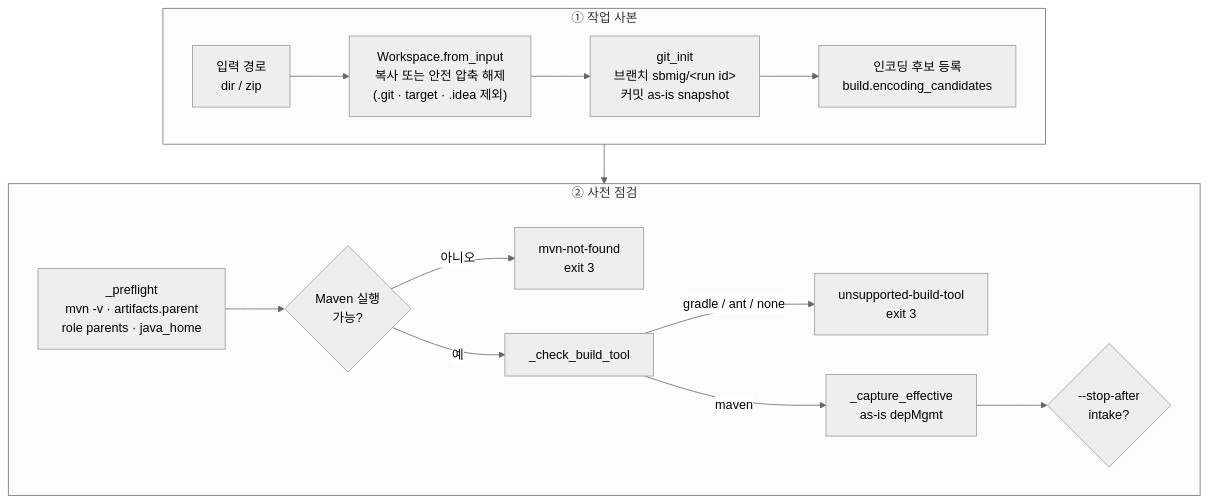
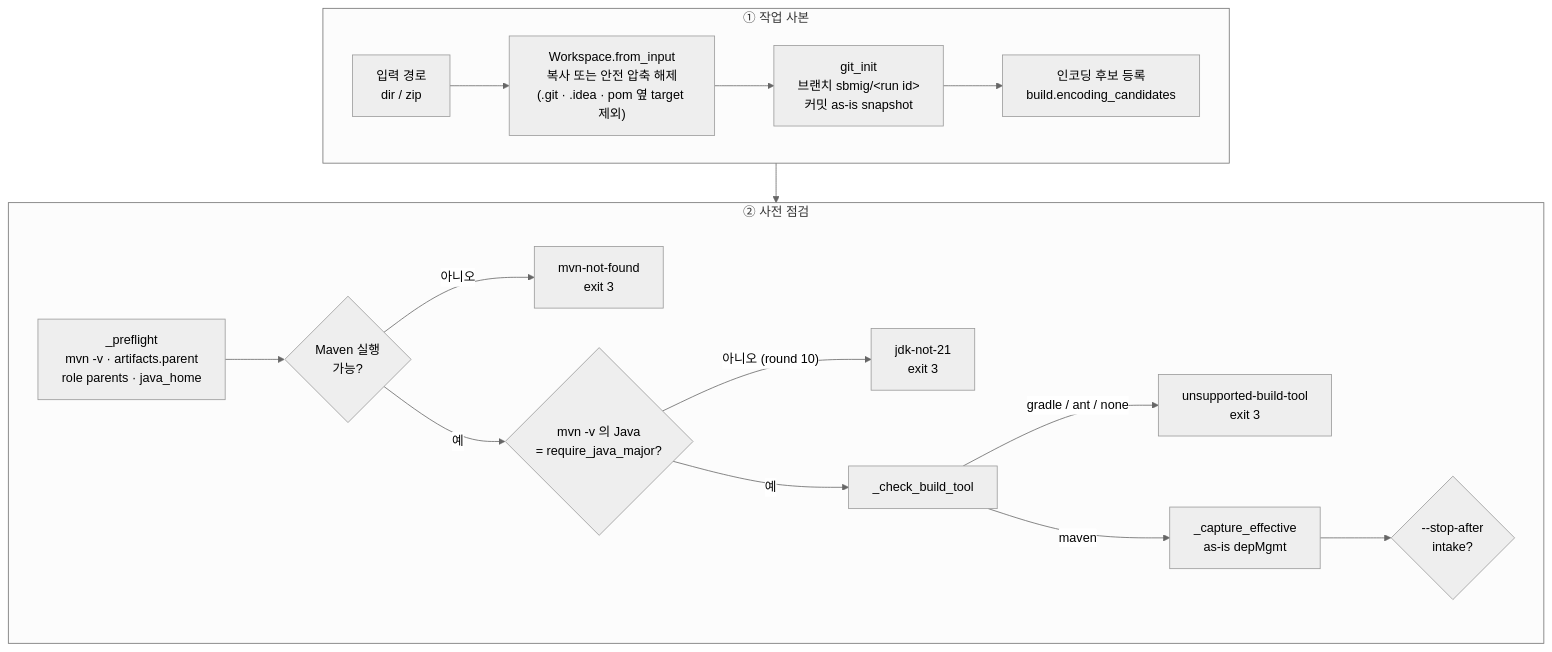
The diagram in docs/migration-agent/diagrams/node-intake.mmd (acandiatale/tutu), drawn with Mermaid (neutral theme) before and after one commit. The commit also changed 193 other files, not shown here.

```diff
--- a/docs/migration-agent/diagrams/node-intake.mmd
+++ b/docs/migration-agent/diagrams/node-intake.mmd
@@ -1,15 +1,17 @@
 flowchart TB
   subgraph a["① 작업 사본"]
     direction LR
-    A["입력 경로<br/>dir / zip"] --> B["Workspace.from_input<br/>복사 또는 안전 압축 해제<br/>(.git · target · .idea 제외)"] --> C["git_init<br/>브랜치 sbmig/&lt;run id&gt;<br/>커밋 as-is snapshot"] --> D["인코딩 후보 등록<br/>build.encoding_candidates"]
+    A["입력 경로<br/>dir / zip"] --> B["Workspace.from_input<br/>복사 또는 안전 압축 해제<br/>(.git · .idea · pom 옆 target 제외)"] --> C["git_init<br/>브랜치 sbmig/&lt;run id&gt;<br/>커밋 as-is snapshot"] --> D["인코딩 후보 등록<br/>build.encoding_candidates"]
   end
   subgraph b["② 사전 점검"]
     direction LR
     E["_preflight<br/>mvn -v · artifacts.parent<br/>role parents · java_home"] --> F{"Maven 실행<br/>가능?"}
     F -->|아니오| X1["mvn-not-found<br/>exit 3"]
-    F -->|예| G["_check_build_tool"]
+    F -->|예| JV{"mvn -v 의 Java<br/>= require_java_major?"}
+    JV -->|"아니오 (round 10)"| X3["jdk-not-21<br/>exit 3"]
+    JV -->|예| G["_check_build_tool"]
     G -->|"gradle / ant / none"| X2["unsupported-build-tool<br/>exit 3"]
     G -->|maven| H["_capture_effective<br/>as-is depMgmt"]
     H --> I{"--stop-after<br/>intake?"}
   end
   a --> b
```
